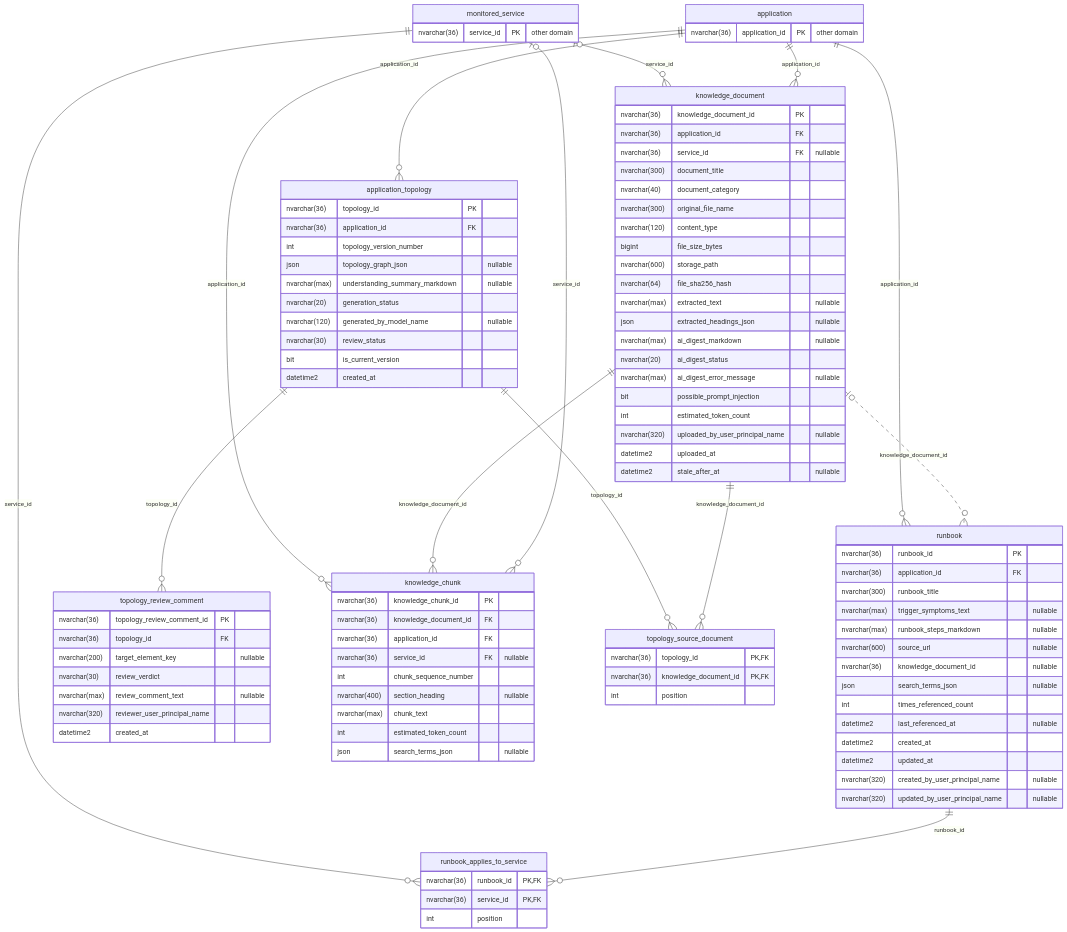
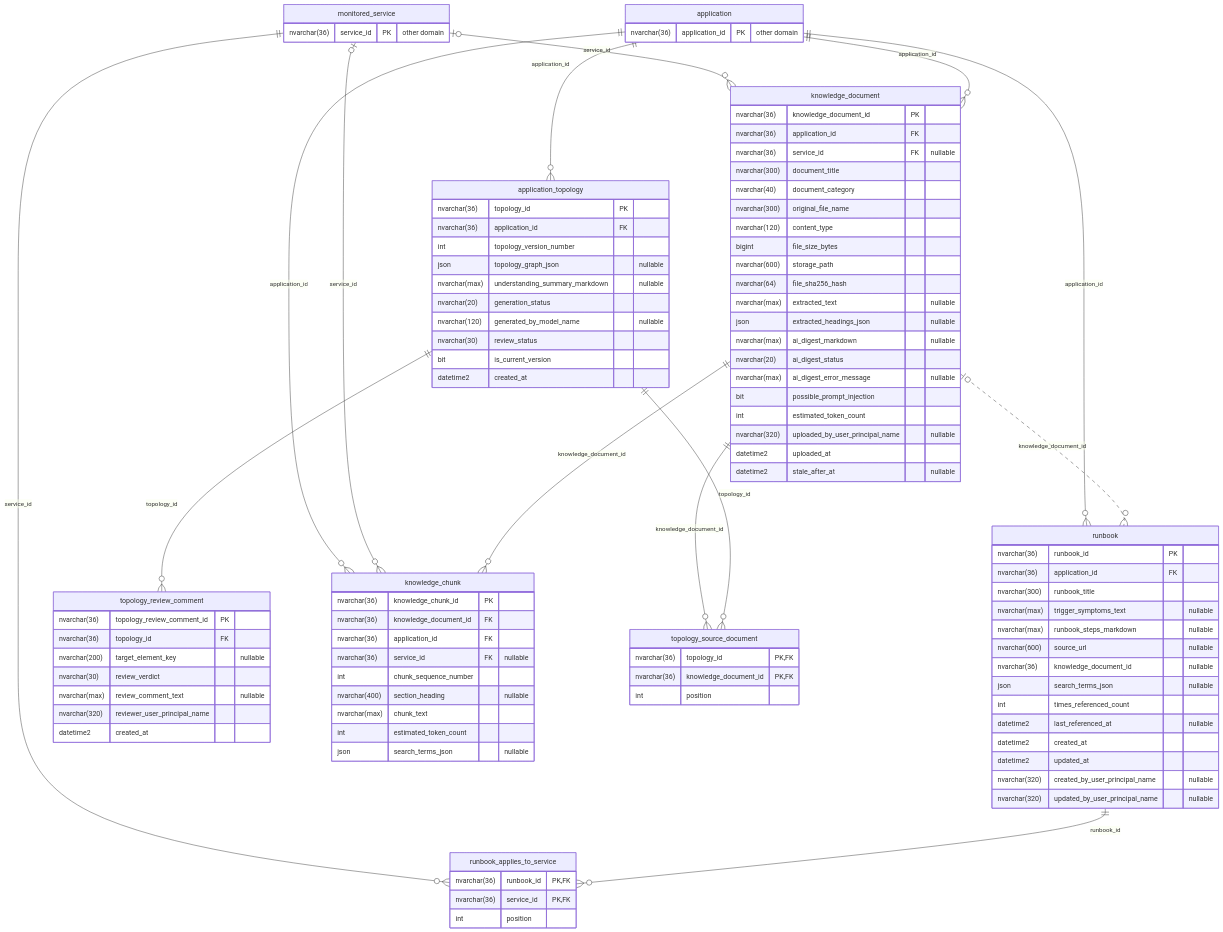
The third of 9 diagrams in Keigan/My Plans/architecture/15_ENTITY_RELATIONSHIP_DIAGRAM.md (dilleswar16/Synaptic-Alchemy), drawn with Mermaid before and after one commit. The commit also changed other lines of this file and 25 other files, not shown here.

````diff
--- a/Keigan/My Plans/architecture/15_ENTITY_RELATIONSHIP_DIAGRAM.md
+++ b/Keigan/My Plans/architecture/15_ENTITY_RELATIONSHIP_DIAGRAM.md
@@ -379,8 +382,8 @@
     monitored_service ||--o{ runbook_applies_to_service : "service_id"
     runbook ||--o{ runbook_applies_to_service : "runbook_id"
     application ||--o{ knowledge_chunk : "application_id"
+    monitored_service |o--o{ knowledge_chunk : "service_id"
     knowledge_document ||--o{ knowledge_chunk : "knowledge_document_id"
-    monitored_service |o--o{ knowledge_chunk : "service_id"
+    knowledge_document ||--o{ topology_source_document : "knowledge_document_id"
     application_topology ||--o{ topology_source_document : "topology_id"
-    knowledge_document ||--o{ topology_source_document : "knowledge_document_id"
 ```
````
